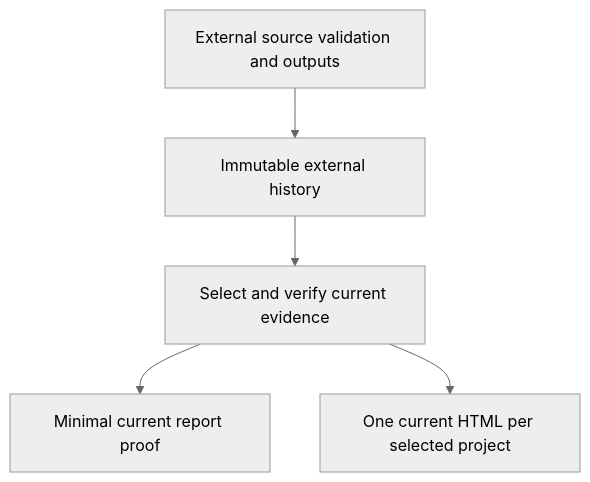
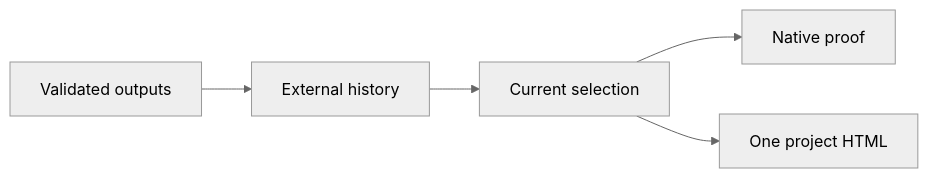
Before and after one commit to crististefanita/ATF_AI: the diagram in artifacts/README.md, drawn with Mermaid (neutral theme). The commit also changed other lines of this file and 111 other files, not shown here.

````diff
--- a/artifacts/README.md
+++ b/artifacts/README.md
@@ -16,7 +17,7 @@
 ```mermaid
-flowchart TB
-    Source["External source validation and outputs"] --> Collect["Immutable external history"]
-    Collect --> Catalog["Select and verify current evidence"]
-    Catalog --> Review["Minimal current report proof"]
-    Catalog --> Atlas["One current HTML per selected project"]
+flowchart LR
+    Source["Validated outputs"] --> Collect["External history"]
+    Collect --> Catalog["Current selection"]
+    Catalog --> Review["Native proof"]
+    Catalog --> Atlas["One project HTML"]
 ```
````
